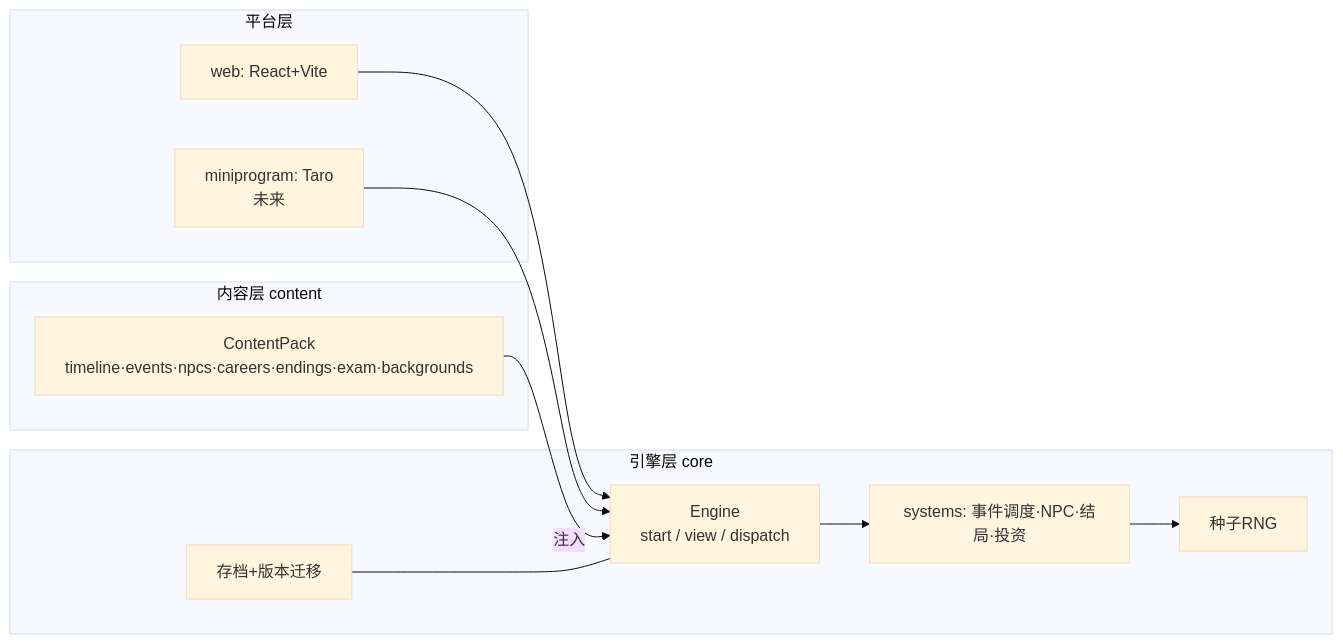
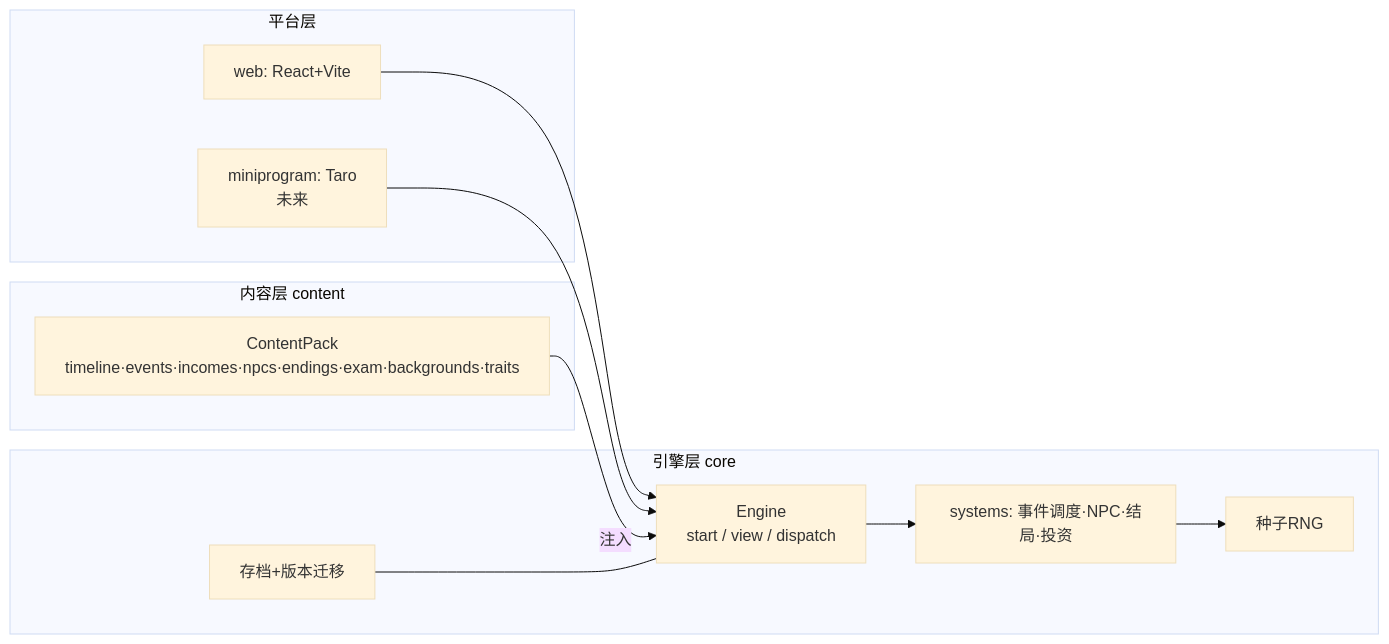
One commit to sonnyHenry/life-simulator-2014 changed the first of 7 diagrams in TECH_ARCHITECTURE.md. Above: the diagram before and after it, drawn with Mermaid (base theme). The commit also changed other lines of this file and 1 other file, not shown here.

````diff
--- a/TECH_ARCHITECTURE.md
+++ b/TECH_ARCHITECTURE.md
@@ -44,21 +44,21 @@
 ```mermaid
 flowchart LR
     subgraph 平台层
         WEB[web: React+Vite]
         MP[miniprogram: Taro<br/>未来]
     end
     subgraph 引擎层 core
         ENGINE[Engine<br/>start / view / dispatch]
         SYS[systems: 事件调度·NPC·结局·投资]
         RNG[种子RNG]
         SAVE[存档+版本迁移]
     end
     subgraph 内容层 content
-        PACK[ContentPack<br/>timeline·events·npcs·careers·endings·exam·backgrounds]
+        PACK[ContentPack<br/>timeline·events·incomes·npcs·endings·exam·backgrounds·traits]
     end
     WEB --> ENGINE
     MP --> ENGINE
     ENGINE --> SYS --> RNG
     PACK -- 注入 --> ENGINE
     SAVE --- ENGINE
 ```
````
